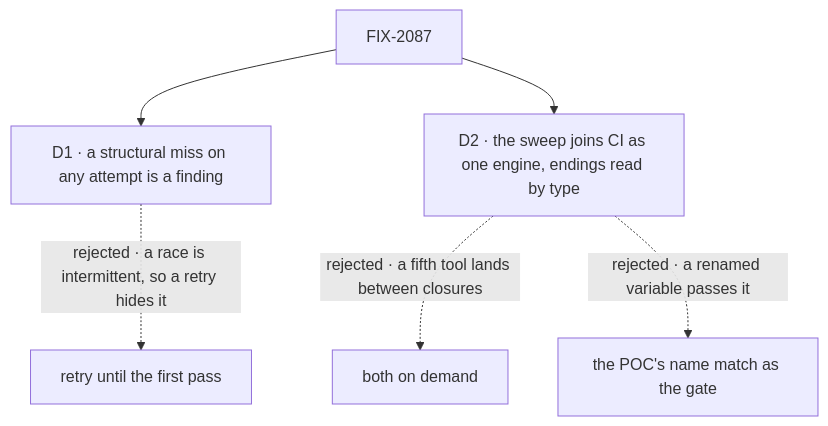
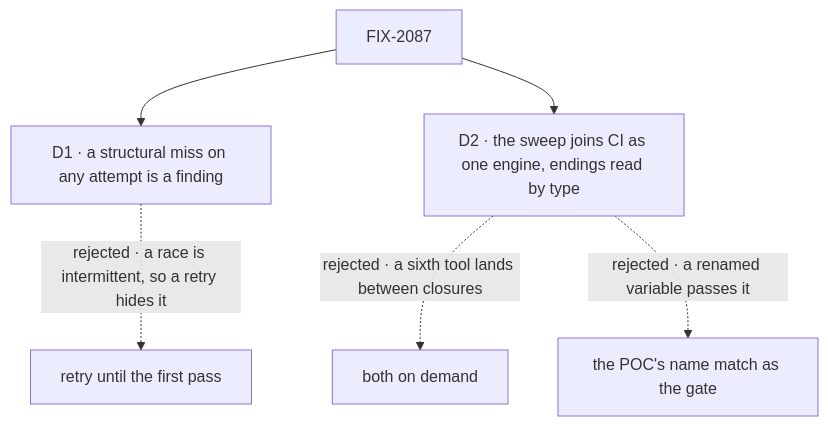
The diagram in specs/issues/FIX-2087/DECISIONS.md (fixpoint-labs/flow-state-dev), drawn with Mermaid before and after one commit. The commit also changed other lines of this file and 2 other files, not shown here.

````diff
--- a/specs/issues/FIX-2087/DECISIONS.md
+++ b/specs/issues/FIX-2087/DECISIONS.md
@@ -10,8 +10,8 @@
 ```mermaid
 flowchart TD
   I["FIX-2087"] --> D1["D1 · a structural miss on any attempt is a finding"]
   D1 -.->|"rejected · a race is intermittent, so a retry hides it"| X1["retry until the first pass"]
   I --> D2["D2 · the sweep joins CI as one engine, endings read by type"]
-  D2 -.->|"rejected · a fifth tool lands between closures"| X2["both on demand"]
+  D2 -.->|"rejected · a sixth tool lands between closures"| X2["both on demand"]
   D2 -.->|"rejected · a renamed variable passes it"| X3["the POC's name match as the gate"]
 ```
````
